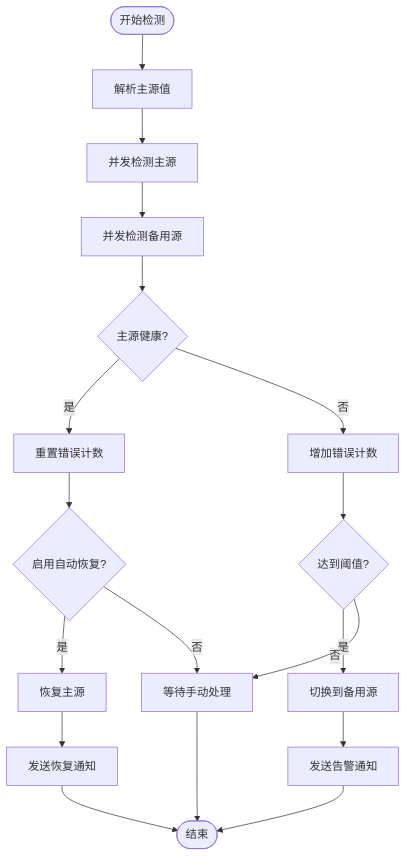
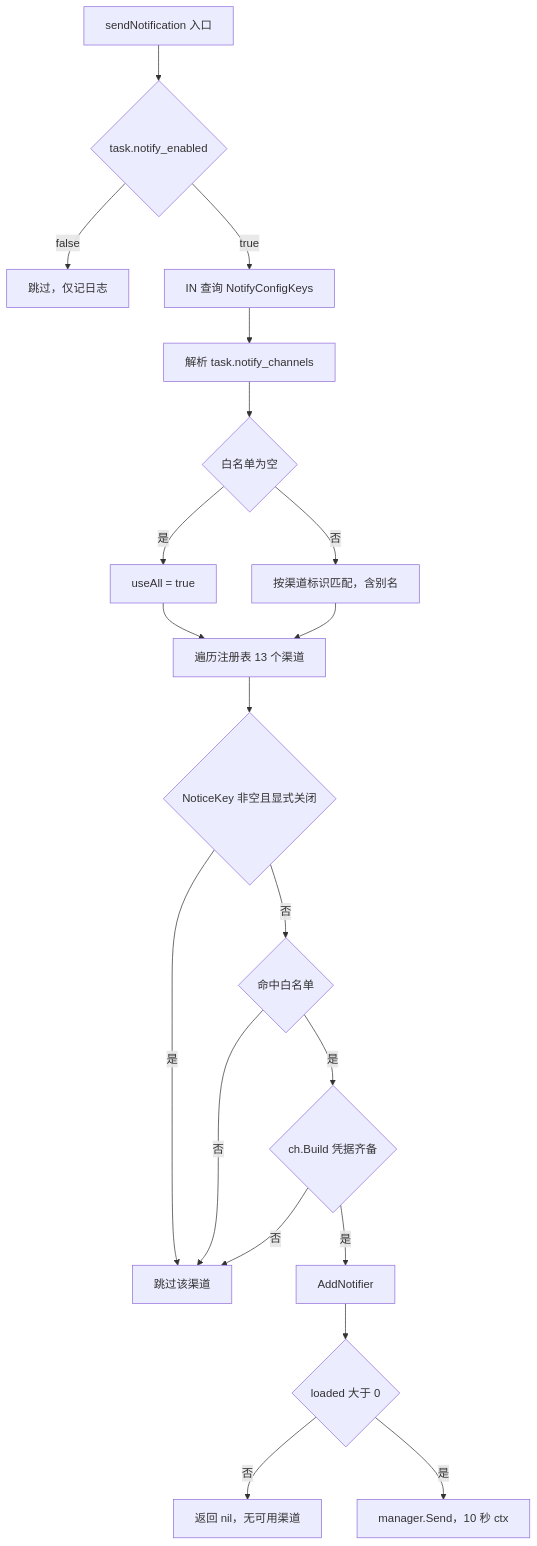
Before and after one commit to x01n/dnsplane: the fourth of 4 diagrams in docs/API参考文档/监控告警API.md, drawn with Mermaid. The commit also changed other lines of this file and 326 other files, not shown here.

````diff
--- a/docs/API参考文档/监控告警API.md
+++ b/docs/API参考文档/监控告警API.md
@@ -192,20 +436,22 @@
 ```mermaid
 flowchart TD
-Start([开始检测]) --> ParseValues["解析主源值"]
-ParseValues --> CheckMain["并发检测主源"]
-CheckMain --> CheckBackup["并发检测备用源"]
-CheckBackup --> Decision{"主源健康?"}
-Decision --> |是| ResetError["重置错误计数"]
-Decision --> |否| IncError["增加错误计数"]
-ResetError --> AutoRestore{"启用自动恢复?"}
-AutoRestore --> |是| Restore["恢复主源"]
-AutoRestore --> |否| Wait["等待手动处理"]
-IncError --> Threshold{"达到阈值?"}
-Threshold --> |是| Switch["切换到备用源"]
-Threshold --> |否| Wait
-Switch --> SendAlert["发送告警通知"]
-Restore --> SendRecover["发送恢复通知"]
-SendAlert --> End([结束])
-SendRecover --> End
-Wait --> End
+    A["sendNotification 入口"] --> B{"task.notify_enabled"}
+    B -- false --> Z1["跳过，仅记日志"]
+    B -- true --> C["IN 查询 NotifyConfigKeys"]
+    C --> D["解析 task.notify_channels"]
+    D --> E{"白名单为空"}
+    E -- 是 --> F["useAll = true"]
+    E -- 否 --> G["按渠道标识匹配，含别名"]
+    F --> H["遍历注册表 13 个渠道"]
+    G --> H
+    H --> I{"NoticeKey 非空且显式关闭"}
+    I -- 是 --> X["跳过该渠道"]
+    I -- 否 --> J{"命中白名单"}
+    J -- 否 --> X
+    J -- 是 --> K{"ch.Build 凭据齐备"}
+    K -- 否 --> X
+    K -- 是 --> L["AddNotifier"]
+    L --> M{"loaded 大于 0"}
+    M -- 否 --> Z2["返回 nil，无可用渠道"]
+    M -- 是 --> N["manager.Send，10 秒 ctx"]
 ```
````
